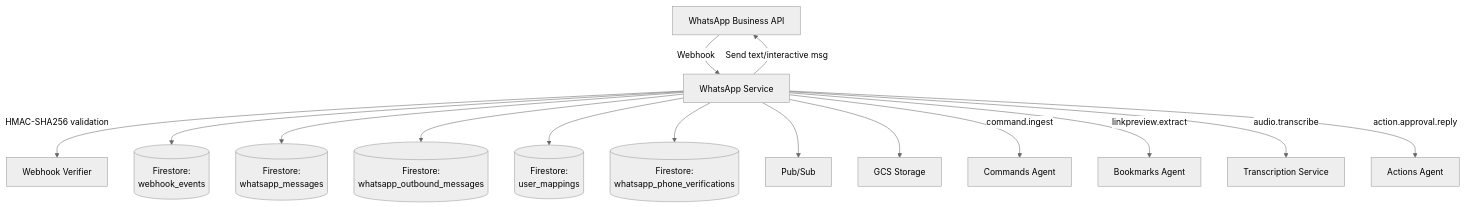
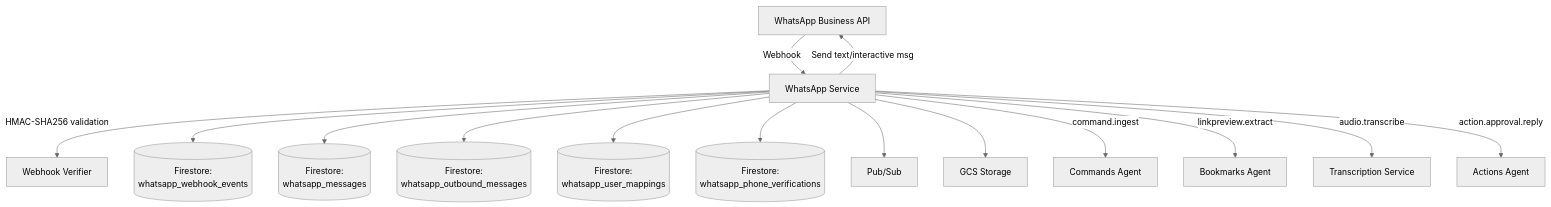
Before and after one commit to pbuchman/intexuraos: the first of 3 diagrams in docs/services/whatsapp-service/technical.md, drawn with Mermaid (neutral theme). The commit also changed other lines of this file and 147 other files, not shown here.

````diff
--- a/docs/services/whatsapp-service/technical.md
+++ b/docs/services/whatsapp-service/technical.md
@@ -9,21 +9,21 @@
 ```mermaid
 graph TB
     WhatsApp[WhatsApp Business API] -->|Webhook| WS[WhatsApp Service]
 
     WS -->|HMAC-SHA256 validation| WV[Webhook Verifier]
-    WS --> EventRepo[(Firestore:<br/>webhook_events)]
+    WS --> EventRepo[(Firestore:<br/>whatsapp_webhook_events)]
     WS --> MsgRepo[(Firestore:<br/>whatsapp_messages)]
     WS --> OutboundRepo[(Firestore:<br/>whatsapp_outbound_messages)]
-    WS --> MappingRepo[(Firestore:<br/>user_mappings)]
+    WS --> MappingRepo[(Firestore:<br/>whatsapp_user_mappings)]
     WS --> VerifyRepo[(Firestore:<br/>whatsapp_phone_verifications)]
     WS --> PubSub[Pub/Sub]
 
     WS --> MediaStorage[GCS Storage]
 
     WS -->|command.ingest| CA[Commands Agent]
     WS -->|linkpreview.extract| BA[Bookmarks Agent]
     WS -->|audio.transcribe| TS[Transcription Service]
     WS -->|action.approval.reply| AA[Actions Agent]
 
     WS -->|Send text/interactive msg| WhatsApp
 ```
````
